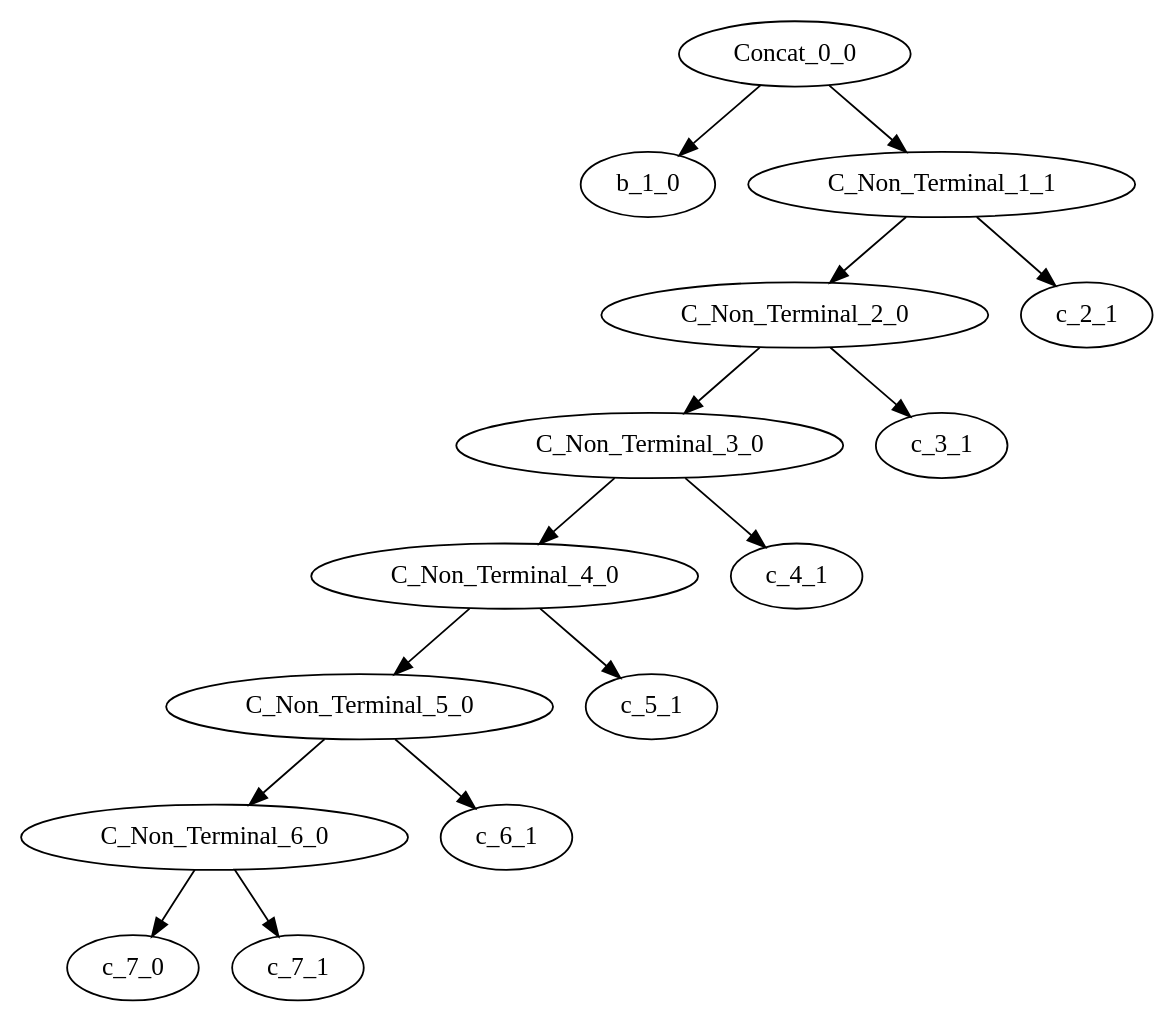
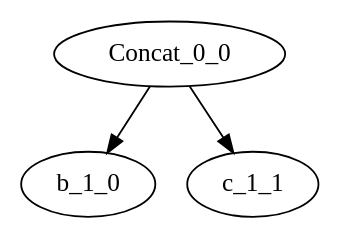
The diagram in experiment/AST.dot (rishk19/CS335_Project), drawn with Graphviz before and after one commit. The commit also changed 9 other files, not shown here.

```diff
--- a/experiment/AST.dot
+++ b/experiment/AST.dot
@@ -1,17 +1,5 @@
 digraph AST{ 
-	Concat_0_0 ->{ b_1_0 ,C_Non_Terminal_1_1}
+	Concat_0_0 ->{ b_1_0 ,c_1_1}
 	b_1_0 ->{}
-	C_Non_Terminal_1_1 ->{ C_Non_Terminal_2_0 ,c_2_1}
-	C_Non_Terminal_2_0 ->{ C_Non_Terminal_3_0 ,c_3_1}
-	C_Non_Terminal_3_0 ->{ C_Non_Terminal_4_0 ,c_4_1}
-	C_Non_Terminal_4_0 ->{ C_Non_Terminal_5_0 ,c_5_1}
-	C_Non_Terminal_5_0 ->{ C_Non_Terminal_6_0 ,c_6_1}
-	C_Non_Terminal_6_0 ->{ c_7_0 ,c_7_1}
-	c_7_0 ->{}
-	c_7_1 ->{}
-	c_6_1 ->{}
-	c_5_1 ->{}
-	c_4_1 ->{}
-	c_3_1 ->{}
-	c_2_1 ->{}
+	c_1_1 ->{}
 } 
```
